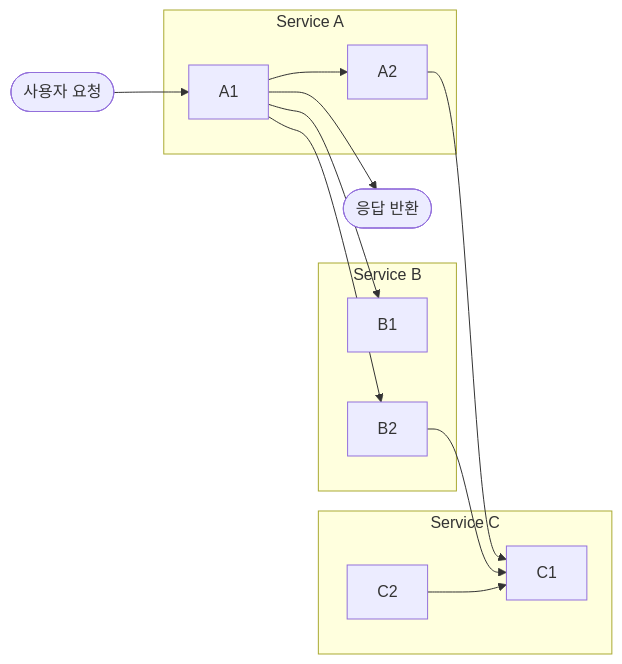
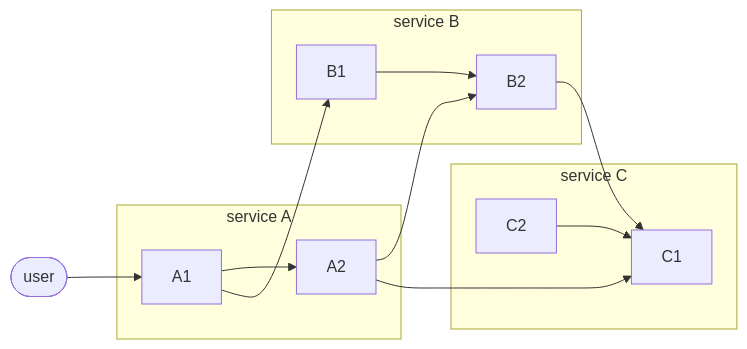
Before and after one commit to 42jerrykim/42jerrykim.github.io: the first of 3 diagrams in content/post/2026/2026-07-20-critical-path-tracing-distributed-latency/index.md, drawn with Mermaid. The commit also changed other lines of this file, not shown here.

Commit message:
fix: critical path tracing 글의 예시 시스템 다이어그램 오류 정정
원문 Figure 1 이미지를 직접 확인한 결과, B2는 A1이 아니라 B1이 호출하고
(B1 --> B2), A2도 별도로 B2를 호출하는 엣지(A2 --> B2)가 있었다. 기존
다이어그램은 A1 --> B2로 잘못 그려져 있었다. 이미지 자체는 캡쳐하지 않고
확인된 화살표 관계만 Mermaid로 다시 그렸다.

````diff
--- a/content/post/2026/2026-07-20-critical-path-tracing-distributed-latency/index.md
+++ b/content/post/2026/2026-07-20-critical-path-tracing-distributed-latency/index.md
@@ -89,23 +89,23 @@
 ```mermaid
 graph LR
-    User(["사용자 요청"]) --> A1["A1"]
-    subgraph SvcA["Service A"]
+    User(["user"]) --> A1["A1"]
+    subgraph SvcA["service A"]
         A1
         A2["A2"]
     end
-    subgraph SvcB["Service B"]
+    subgraph SvcB["service B"]
         B1["B1"]
         B2["B2"]
     end
-    subgraph SvcC["Service C"]
+    subgraph SvcC["service C"]
         C1["C1"]
         C2["C2"]
     end
+    A1 --> A2
     A1 --> B1
-    A1 --> B2
-    A1 --> A2
+    B1 --> B2
+    A2 --> B2
     A2 --> C1
     B2 --> C1
     C2 --> C1
-    A1 --> Resp(["응답 반환"])
 ```
````
